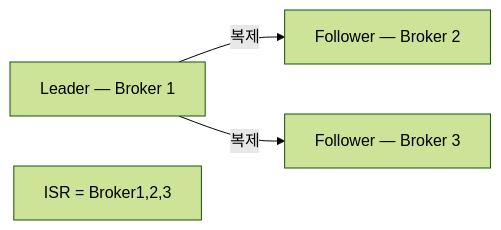
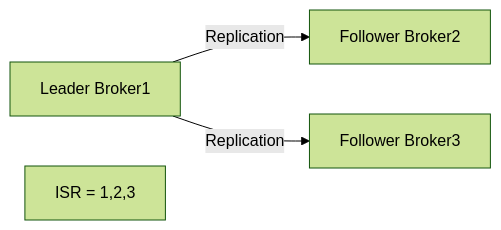
Before and after one commit to yjkim2015/yjkim2015.github.io: the sixth of 11 diagrams in _posts/kafka/2026-05-01-kafka-fundamentals.md, drawn with Mermaid (forest theme). The commit also changed other lines of this file and 5 other files, not shown here.

````diff
--- a/_posts/kafka/2026-05-01-kafka-fundamentals.md
+++ b/_posts/kafka/2026-05-01-kafka-fundamentals.md
@@ -420,6 +487,6 @@
 ```mermaid
 graph LR
-    L["Leader — Broker 1"] -->|복제| F1["Follower — Broker 2"]
-    L -->|복제| F2["Follower — Broker 3"]
-    ISR["ISR = Broker1,2,3"]
+    L["Leader Broker1"] -->|Replication| F1["Follower Broker2"]
+    L -->|Replication| F2["Follower Broker3"]
+    ISR["ISR = 1,2,3"]
 ```
````
